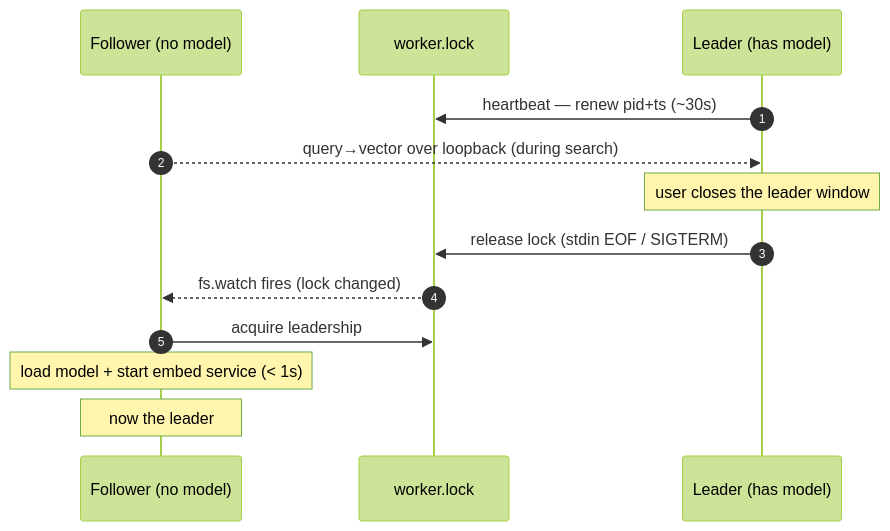
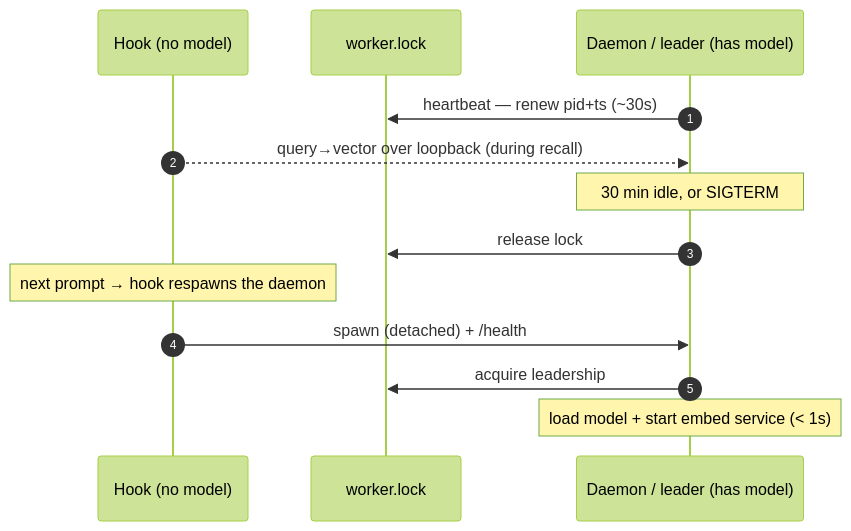
Before and after one commit to pendrayg/memory: the third of 3 diagrams in README.md, drawn with Mermaid (forest theme). The commit also changed other lines of this file and 21 other files, not shown here.

````diff
--- a/README.md
+++ b/README.md
@@ -238,15 +252,15 @@
 ```mermaid
 sequenceDiagram
     autonumber
-    participant F as Follower (no model)
+    participant H as Hook (no model)
     participant K as worker.lock
-    participant L as Leader (has model)
+    participant L as Daemon / leader (has model)
     L->>K: heartbeat — renew pid+ts (~30s)
-    F-->>L: query→vector over loopback (during search)
-    Note over L: user closes the leader window
-    L->>K: release lock (stdin EOF / SIGTERM)
-    K-->>F: fs.watch fires (lock changed)
-    F->>K: acquire leadership
-    Note over F: load model + start embed service (< 1s)
-    Note over F: now the leader
+    H-->>L: query→vector over loopback (during recall)
+    Note over L: 30 min idle, or SIGTERM
+    L->>K: release lock
+    Note over H: next prompt → hook respawns the daemon
+    H->>L: spawn (detached) + /health
+    L->>K: acquire leadership
+    Note over L: load model + start embed service (< 1s)
 ```
````
